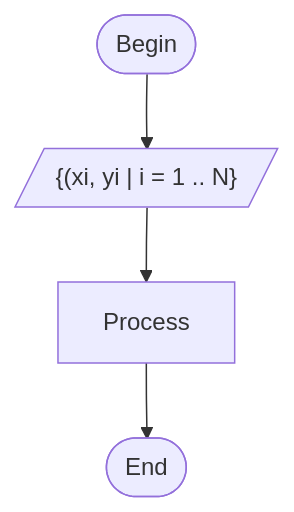
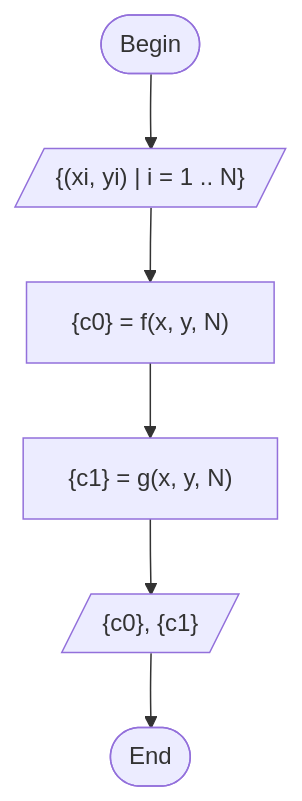
Before and after one commit to yunoooo111/lecture-notes: the diagram in content/notes/fi4002/linear-interpolation.md, drawn with Mermaid.

Commit message:
update, pause zu uni

```diff
--- a/content/notes/fi4002/linear-interpolation.md
+++ b/content/notes/fi4002/linear-interpolation.md
@@ -153,8 +153,10 @@
 {{< mermaid align="left" >}}
 flowchart TD
-  B --> I --> P --> E
+  B --> I --> P1 --> P2 --> O --> E
   B(["Begin"])
-  I[/"{(xi, yi | i = 1 .. N}"/]
-  P["Process"]
+  I[/"{(xi, yi) | i = 1 .. N}"/]
+  P1["{c0} = f(x, y, N)"]
+  P2["{c1} = g(x, y, N)"]
+  O[/"{c0}, {c1}"/]
   E(["End"])
 {{< /mermaid >}}
```
